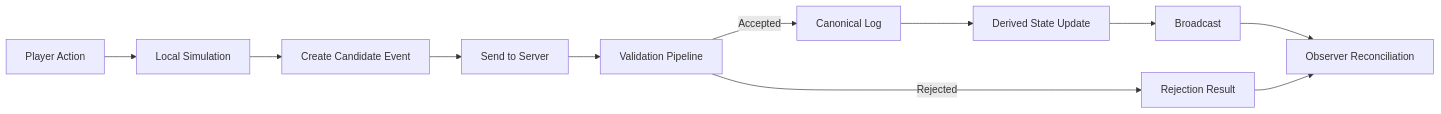
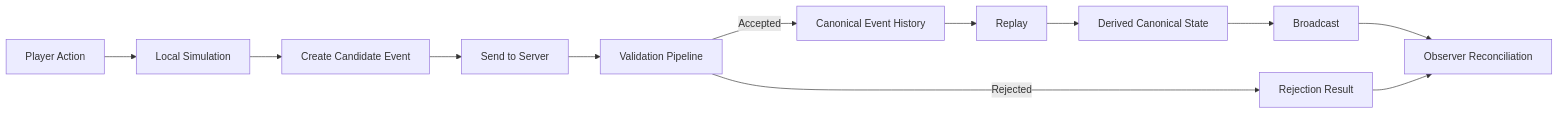
One commit to godofthunder101/crypsa-architecture changed the diagram in CrypSA_Worked_Example.md. Above: the diagram before and after it, drawn with Mermaid. The commit also changed other lines of this file, not shown here.

Commit message:
Update terminology from 'canonical history' to 'canonical event history'

`````diff
--- a/CrypSA_Worked_Example.md
+++ b/CrypSA_Worked_Example.md
@@ -22,19 +22,19 @@
 ```mermaid
 flowchart LR
 
 A[Player Action] --> B[Local Simulation]
 B --> C[Create Candidate Event]
 C --> D[Send to Server]
 
 D --> E[Validation Pipeline]
 
-E -->|Accepted| F[Canonical Log]
+E -->|Accepted| F[Canonical Event History]
 E -->|Rejected| G[Rejection Result]
 
-F --> H[Derived State Update]
-H --> I[Broadcast]
+F --> H[Replay]
+H --> I[Derived Canonical State]
+I --> J[Broadcast]
 
-I --> J[Observer Reconciliation]
-G --> J
-
-````
+J --> K[Observer Reconciliation]
+G --> K
+```
`````
